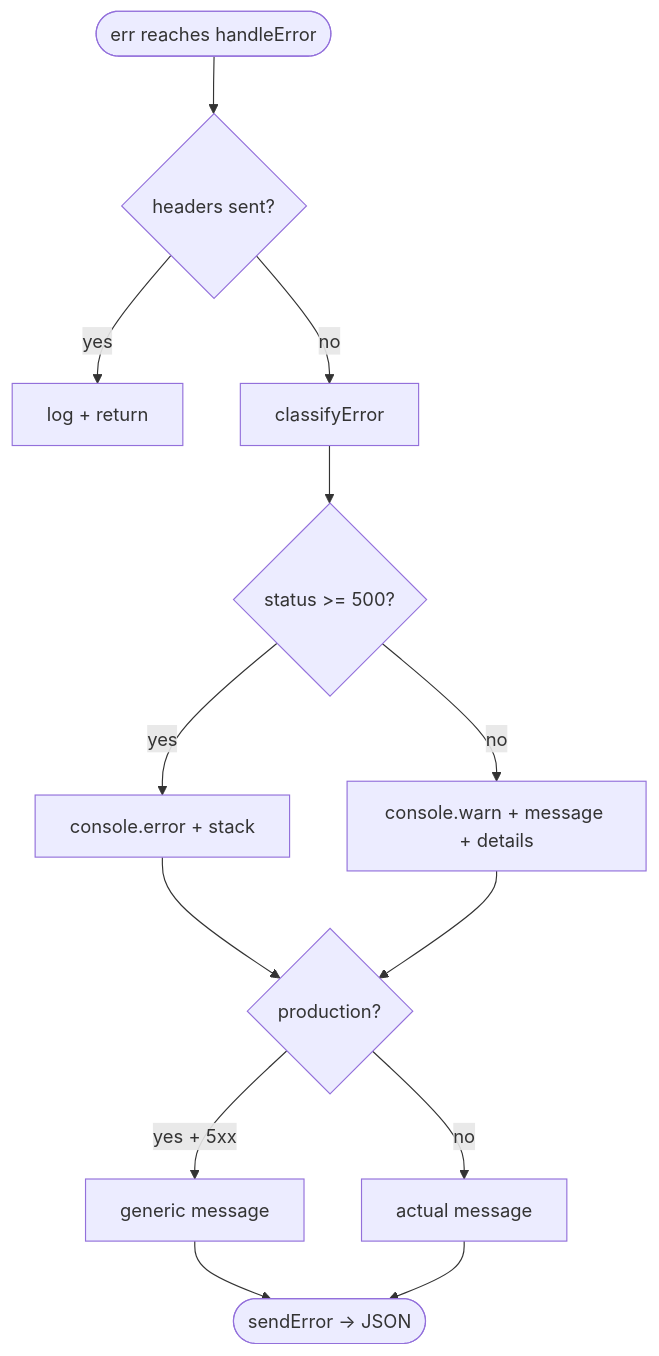
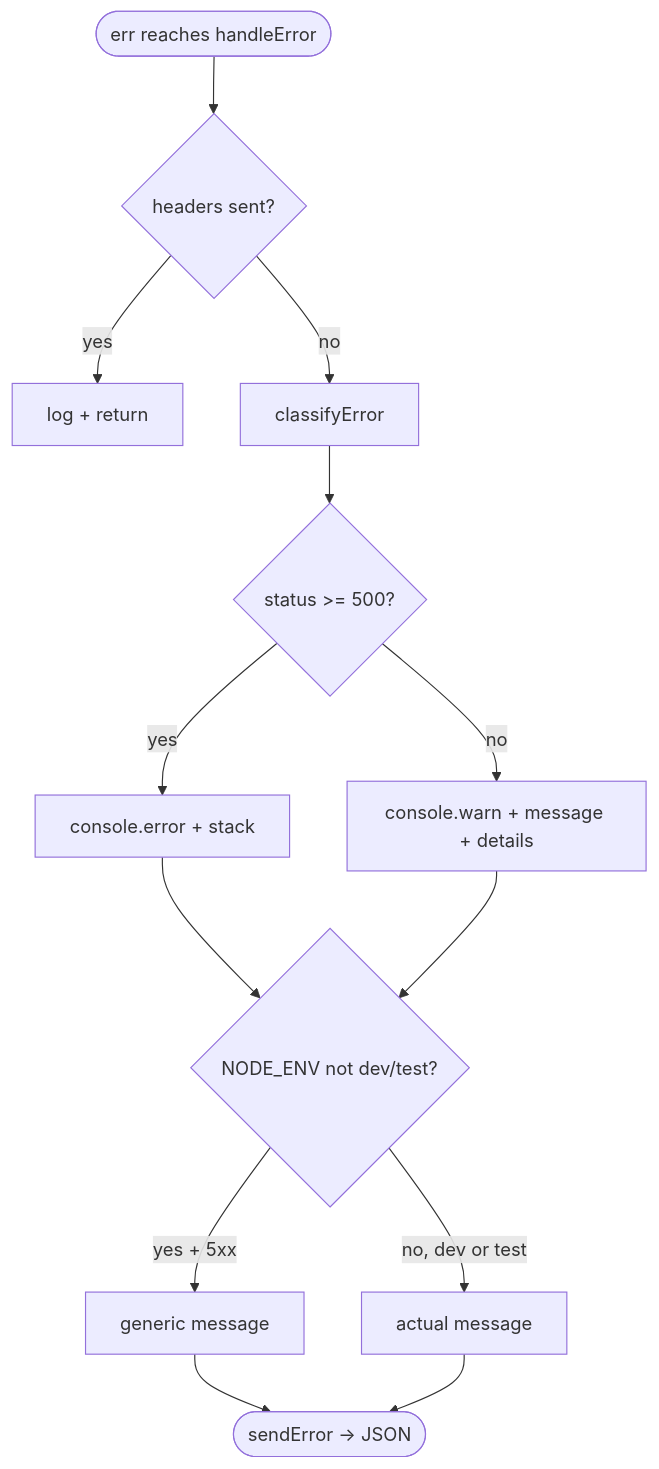
Before and after one commit to shin0bi21/program-management-app: the first of 2 diagrams in backend/docs/errors.md, drawn with Mermaid. The commit also changed other lines of this file and 7 other files, not shown here.

````diff
--- a/backend/docs/errors.md
+++ b/backend/docs/errors.md
@@ -89,15 +90,15 @@
 ```mermaid
 flowchart TD
     E([err reaches handleError]) --> HS{headers sent?}
     HS -->|yes| FW[log + return]
     HS -->|no| CL[classifyError]
     CL --> SEV{status >= 500?}
     SEV -->|yes| LOG[console.error + stack]
     SEV -->|no| WARN[console.warn + message + details]
-    LOG --> PROD{production?}
+    LOG --> PROD{NODE_ENV not dev/test?}
     WARN --> PROD
     PROD -->|yes + 5xx| GEN[generic message]
-    PROD -->|no| ACT[actual message]
+    PROD -->|no, dev or test| ACT[actual message]
     GEN --> RES([sendError → JSON])
     ACT --> RES
 ```
````
